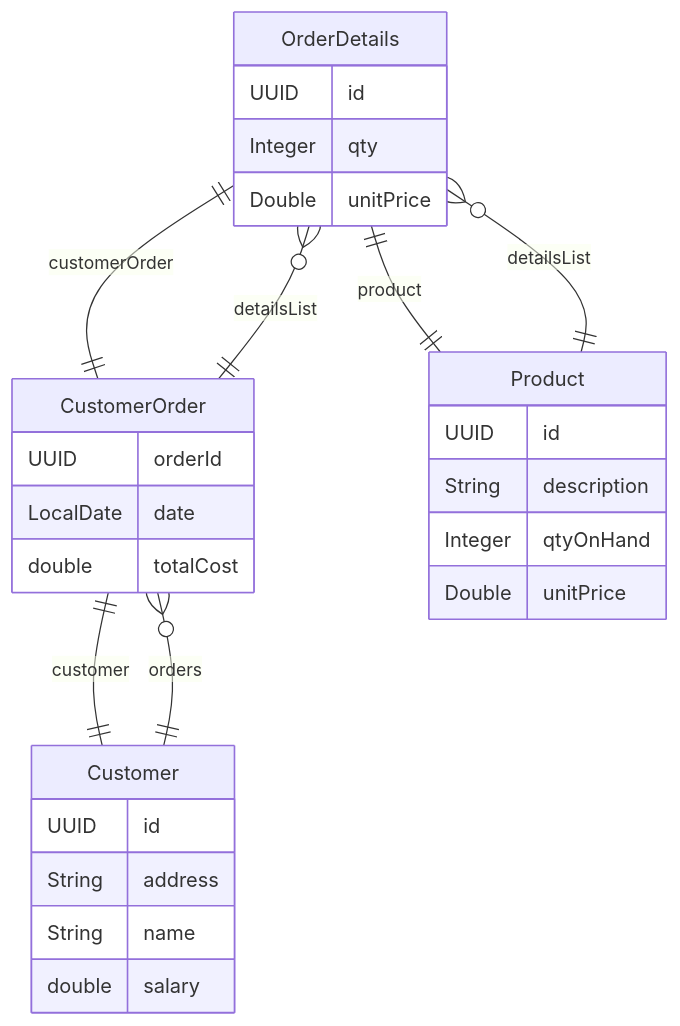
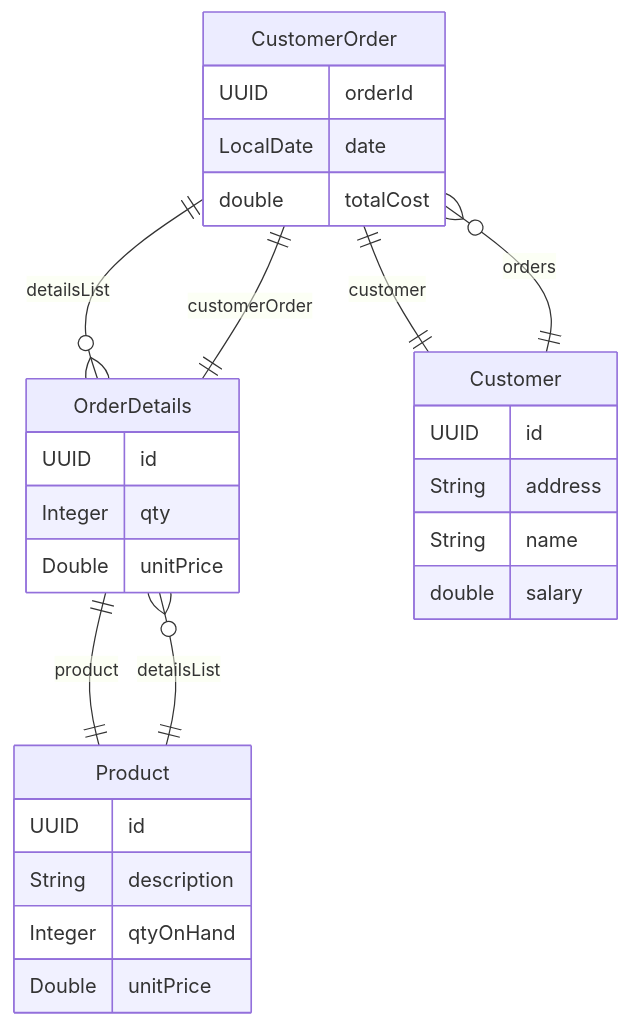
The diagram in POS/er-diagram.md (PasanIS/car-rental-management), drawn with Mermaid before and after one commit. The commit also changed other lines of this file and 9 other files, not shown here.

Commit message:
add Product entity and related classes; implement CRUD operations and search functionality for products; update ER diagram to reflect changes

````diff
--- a/POS/er-diagram.md
+++ b/POS/er-diagram.md
@@ -1,39 +1,39 @@
 ```mermaid
 erDiagram
+    CustomerOrder {
+        UUID orderId
+        LocalDate date
+        double totalCost
+    }
+
     OrderDetails {
         UUID id
         Integer qty
         Double unitPrice
-    }
-
-    CustomerOrder {
-        UUID orderId
-        LocalDate date
-        double totalCost
     }
 
     Product {
         UUID id
         String description
         Integer qtyOnHand
         Double unitPrice
     }
 
     Customer {
         UUID id
         String address
         String name
         double salary
     }
 
+    CustomerOrder ||--|| Customer : "customer"
+    CustomerOrder ||--o{ OrderDetails : "detailsList"
+
     OrderDetails ||--|| CustomerOrder : "customerOrder"
     OrderDetails ||--|| Product : "product"
-
-    CustomerOrder ||--|| Customer : "customer"
-    CustomerOrder ||--o{ OrderDetails : "detailsList"
 
     Product ||--o{ OrderDetails : "detailsList"
 
     Customer ||--o{ CustomerOrder : "orders"
 
 ```
````
